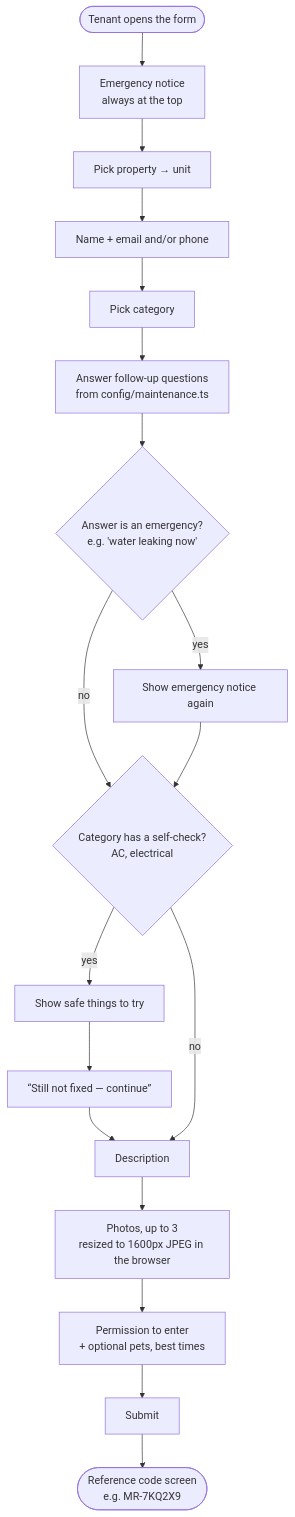
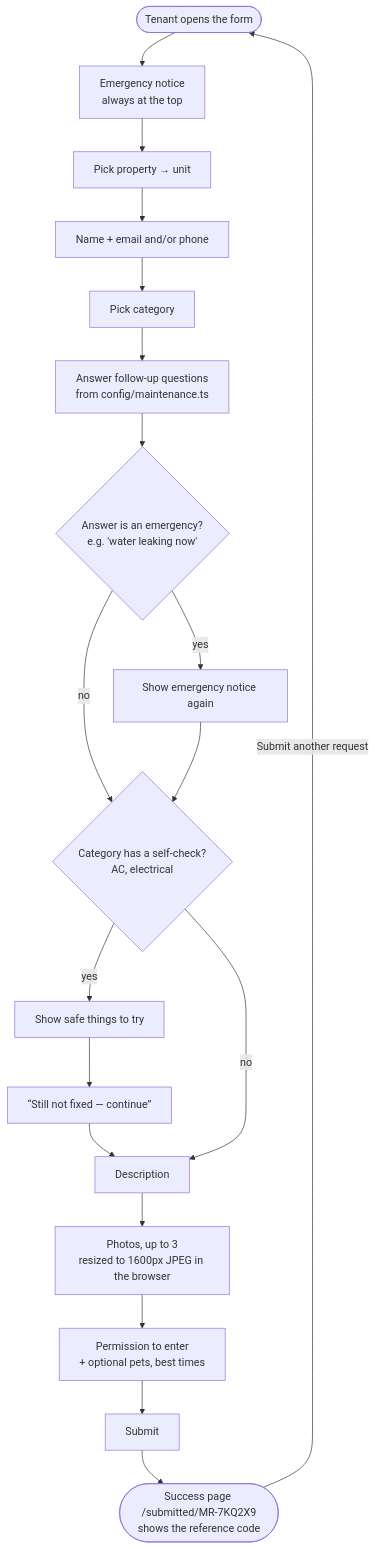
One commit to jagwaw/maintenance-request changed the first of 2 diagrams in docs/tenant-form-flow.md. Above: the diagram before and after it, drawn with Mermaid. The commit also changed other lines of this file and 2 other files, not shown here.

Commit message:
Move success screen to /submitted/[ref] with a submit-another button

````diff
--- a/docs/tenant-form-flow.md
+++ b/docs/tenant-form-flow.md
@@ -7,20 +7,21 @@
 ```mermaid
 flowchart TD
     A([Tenant opens the form]) --> B[Emergency notice<br/>always at the top]
     B --> C[Pick property → unit]
     C --> D[Name + email and/or phone]
     D --> E[Pick category]
     E --> F[Answer follow-up questions<br/>from config/maintenance.ts]
     F --> G{Answer is an emergency?<br/>e.g. 'water leaking now'}
     G -- yes --> H[Show emergency notice again]
     G -- no --> I
     H --> I{Category has a self-check?<br/>AC, electrical}
     I -- yes --> J[Show safe things to try]
     J --> K[“Still not fixed — continue”]
     K --> L
     I -- no --> L[Description]
     L --> M[Photos, up to 3<br/>resized to 1600px JPEG in the browser]
     M --> N[Permission to enter<br/>+ optional pets, best times]
     N --> O[Submit]
-    O --> P([Reference code screen<br/>e.g. MR-7KQ2X9])
+    O --> P([Success page /submitted/MR-7KQ2X9<br/>shows the reference code])
+    P -- Submit another request --> A
 ```
````
